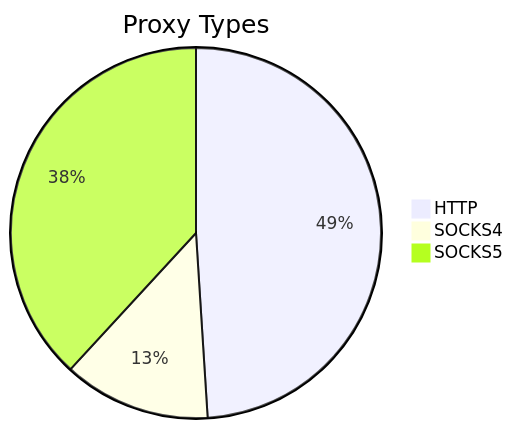
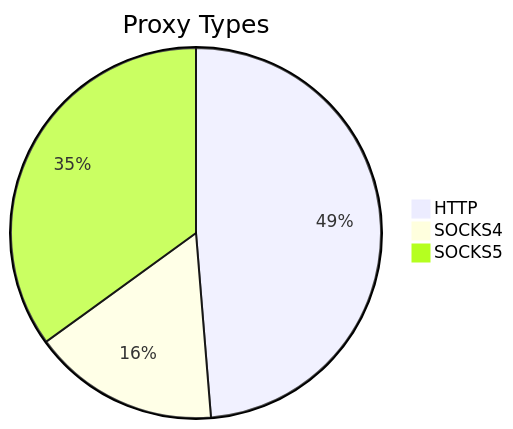
The first of 2 diagrams in README.md (stormsia/proxy-list), drawn with Mermaid before and after one commit. The commit also changed other lines of this file, not shown here.

````diff
--- a/README.md
+++ b/README.md
@@ -21,6 +21,6 @@
 ```mermaid
 pie title Proxy Types
-    "HTTP" : 122
-    "SOCKS4" : 32
-    "SOCKS5" : 95
+    "HTTP" : 245
+    "SOCKS4" : 82
+    "SOCKS5" : 176
 ```
````
